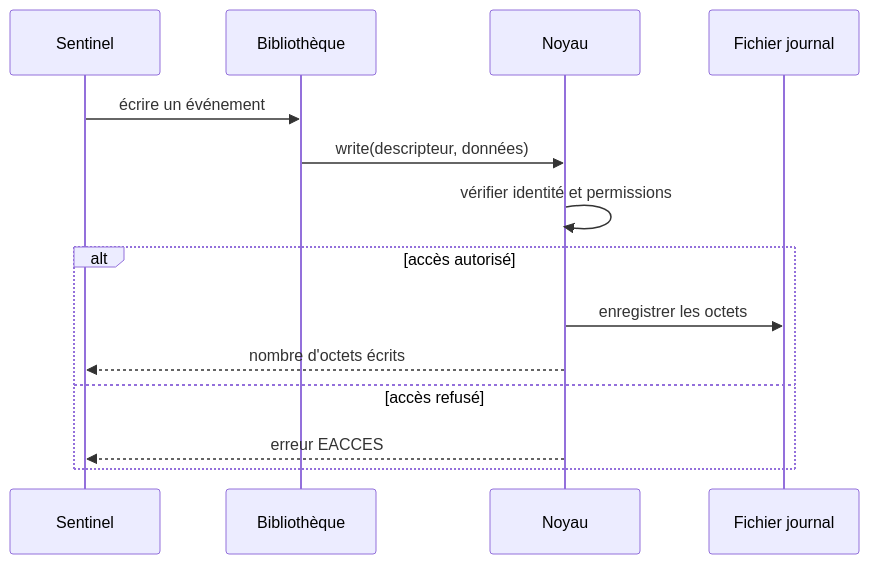
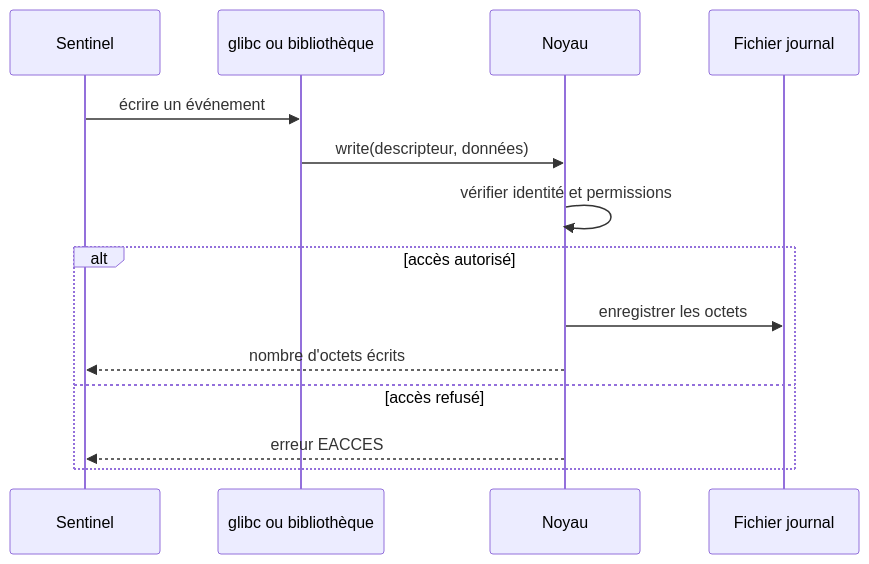
Before and after one commit to tdelaclos/formations: the second of 4 diagrams in campagne 1/1.3-composants-systeme-linux.md, drawn with Mermaid. The commit also changed other lines of this file, not shown here.

Commit message:
Restaurer glibc et la frontière kernel space

````diff
--- a/campagne 1/1.3-composants-systeme-linux.md
+++ b/campagne 1/1.3-composants-systeme-linux.md
@@ -66,16 +78,16 @@
 ```mermaid
 sequenceDiagram
     participant S as Sentinel
-    participant L as Bibliothèque
+    participant L as glibc ou bibliothèque
     participant K as Noyau
     participant F as Fichier journal
     S->>L: écrire un événement
     L->>K: write(descripteur, données)
     K->>K: vérifier identité et permissions
     alt accès autorisé
         K->>F: enregistrer les octets
         K-->>S: nombre d'octets écrits
     else accès refusé
         K-->>S: erreur EACCES
     end
 ```
````
